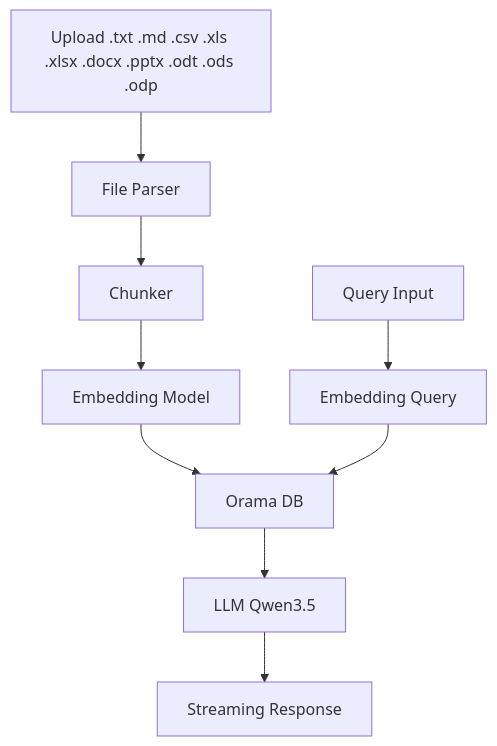
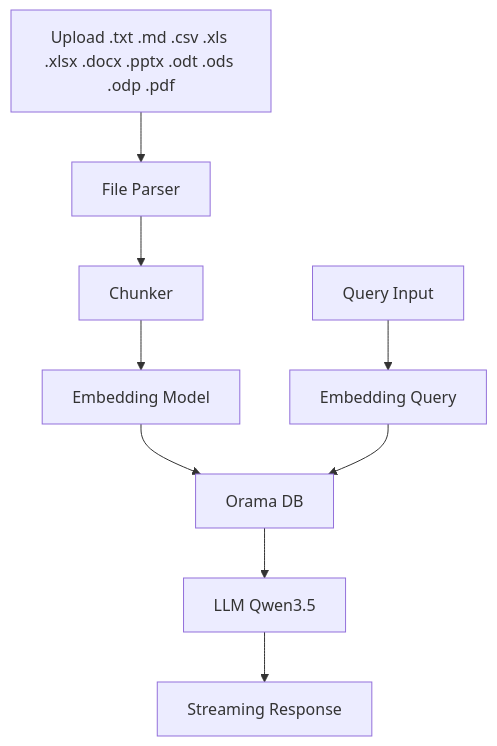
Before and after one commit to RobertLicht/rag-browser: the diagram in README.md, drawn with Mermaid. The commit also changed other lines of this file and 4 other files, not shown here.

````diff
--- a/README.md
+++ b/README.md
@@ -18,11 +18,11 @@
 ```mermaid
 graph TD
-    A[Upload .txt .md .csv .xls .xlsx .docx .pptx .odt .ods .odp] --> B[File Parser]
+    A[Upload .txt .md .csv .xls .xlsx .docx .pptx .odt .ods .odp .pdf] --> B[File Parser]
     B --> C[Chunker]
     C --> D[Embedding Model]
     D --> E[Orama DB]
     F[Query Input] --> G[Embedding Query]
     G --> E
     E --> H[LLM Qwen3.5]
     H --> I[Streaming Response]
 ```
````
